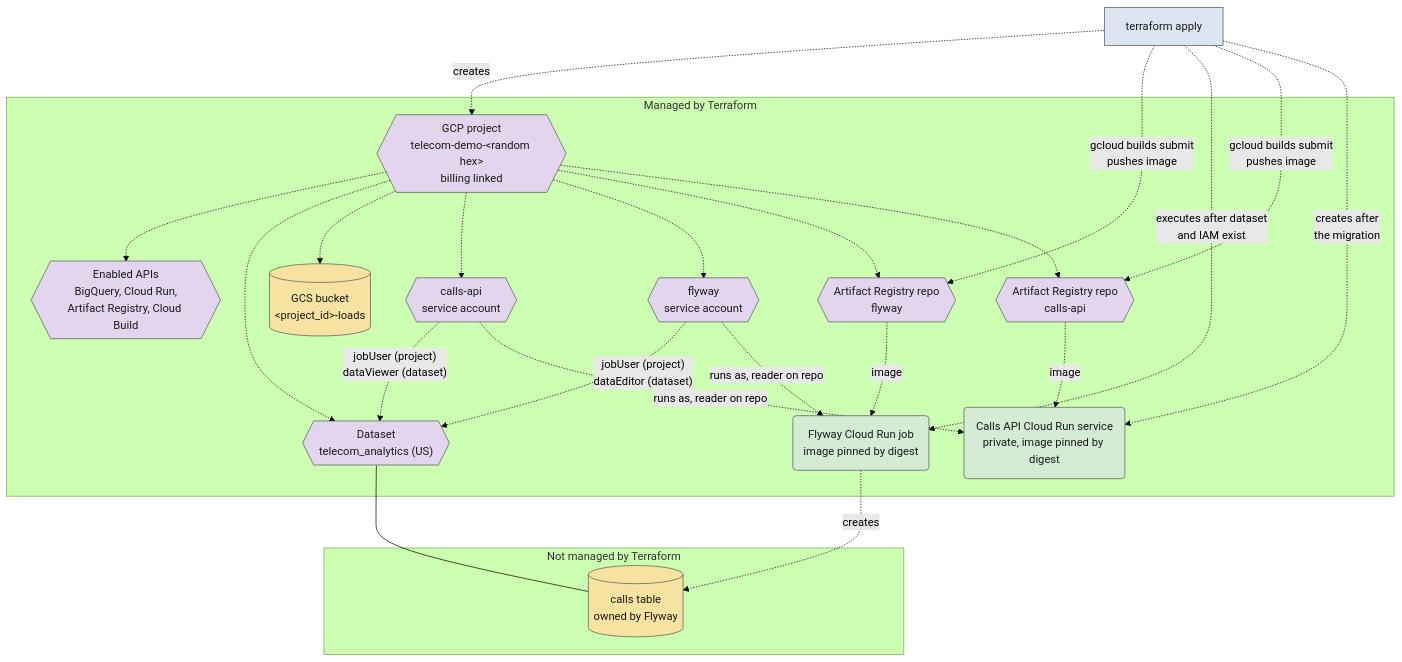
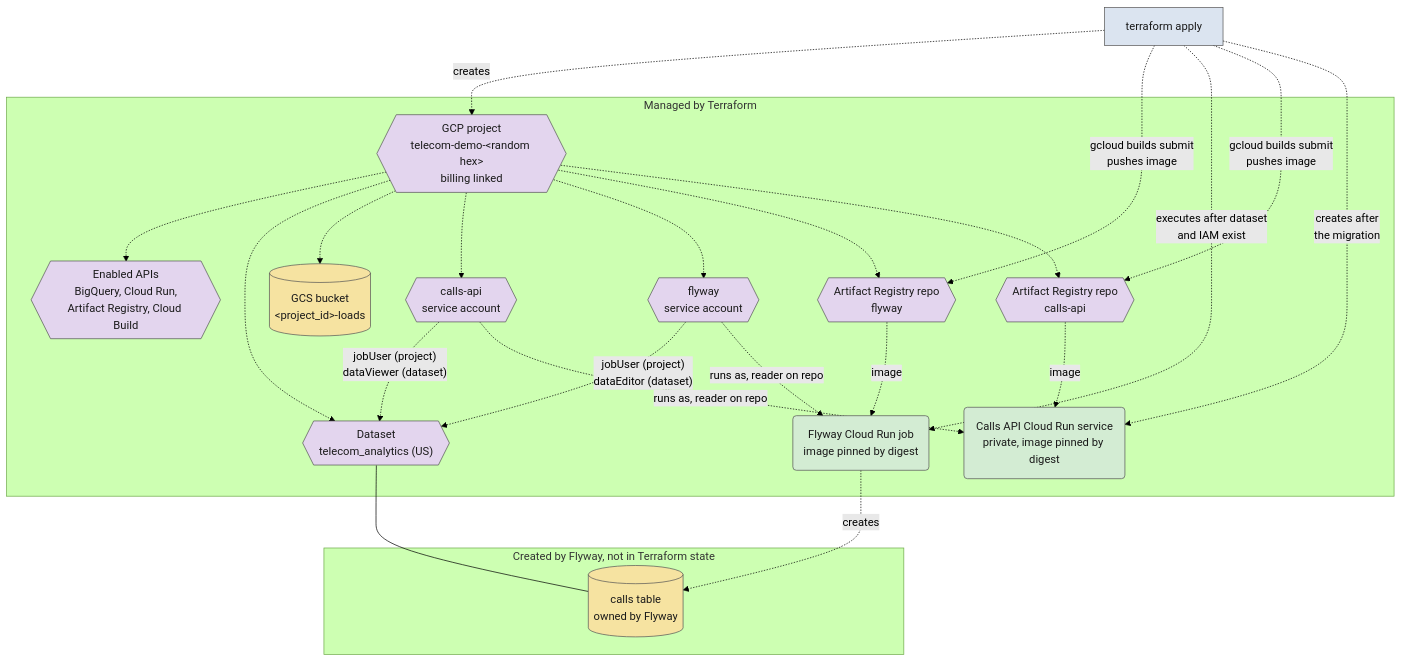
Before and after one commit to castroaj/GCP-BQ-DEMO: the third of 4 diagrams in README.md, drawn with Mermaid (forest theme).

Commit message:
Retitle the README provisioning box that holds the calls table

````diff
--- a/README.md
+++ b/README.md
@@ -67,51 +67,51 @@
 ```mermaid
 flowchart TD
   tf["terraform apply"]
 
   subgraph managed["Managed by Terraform"]
     project{{"GCP project<br/>telecom-demo-&lt;random hex&gt;<br/>billing linked"}}
     apis{{"Enabled APIs<br/>BigQuery, Cloud Run,<br/>Artifact Registry, Cloud Build"}}
     ds{{"Dataset<br/>telecom_analytics (US)"}}
     bucket[("GCS bucket<br/>&lt;project_id&gt;-loads")]
     sa_api{{"calls-api<br/>service account"}}
     sa_fly{{"flyway<br/>service account"}}
     repo{{"Artifact Registry repo<br/>flyway"}}
     repo_api{{"Artifact Registry repo<br/>calls-api"}}
     job("Flyway Cloud Run job<br/>image pinned by digest")
     api("Calls API Cloud Run service<br/>private, image pinned by digest")
   end
 
-  subgraph other["Not managed by Terraform"]
+  subgraph other["Created by Flyway, not in Terraform state"]
     table[("calls table<br/>owned by Flyway")]
   end
 
   tf -.->|creates| project
   project -.-> apis
   project -.-> ds
   project -.-> bucket
   project -.-> sa_api
   project -.-> sa_fly
   sa_api -.->|"jobUser (project)<br/>dataViewer (dataset)"| ds
   sa_fly -.->|"jobUser (project)<br/>dataEditor (dataset)"| ds
   project -.-> repo
   tf -.->|"gcloud builds submit<br/>pushes image"| repo
   repo -.->|"image"| job
   sa_fly -.->|"runs as, reader on repo"| job
   tf -.->|"executes after dataset<br/>and IAM exist"| job
   job -.->|creates| table
   ds --- table
   project -.-> repo_api
   tf -.->|"gcloud builds submit<br/>pushes image"| repo_api
   repo_api -.->|"image"| api
   sa_api -.->|"runs as, reader on repo"| api
   tf -.->|"creates after<br/>the migration"| api
 
   classDef tool fill:#dbe4f0,stroke:#555,color:#1a1a1a
   classDef compute fill:#d3ecd3,stroke:#555,color:#1a1a1a
   classDef store fill:#f6e3a1,stroke:#555,color:#1a1a1a
   classDef resource fill:#e3d5ee,stroke:#555,color:#1a1a1a
   class tf tool
   class api,job compute
   class bucket,table store
   class project,apis,ds,sa_api,sa_fly,repo,repo_api resource
 ```
````
